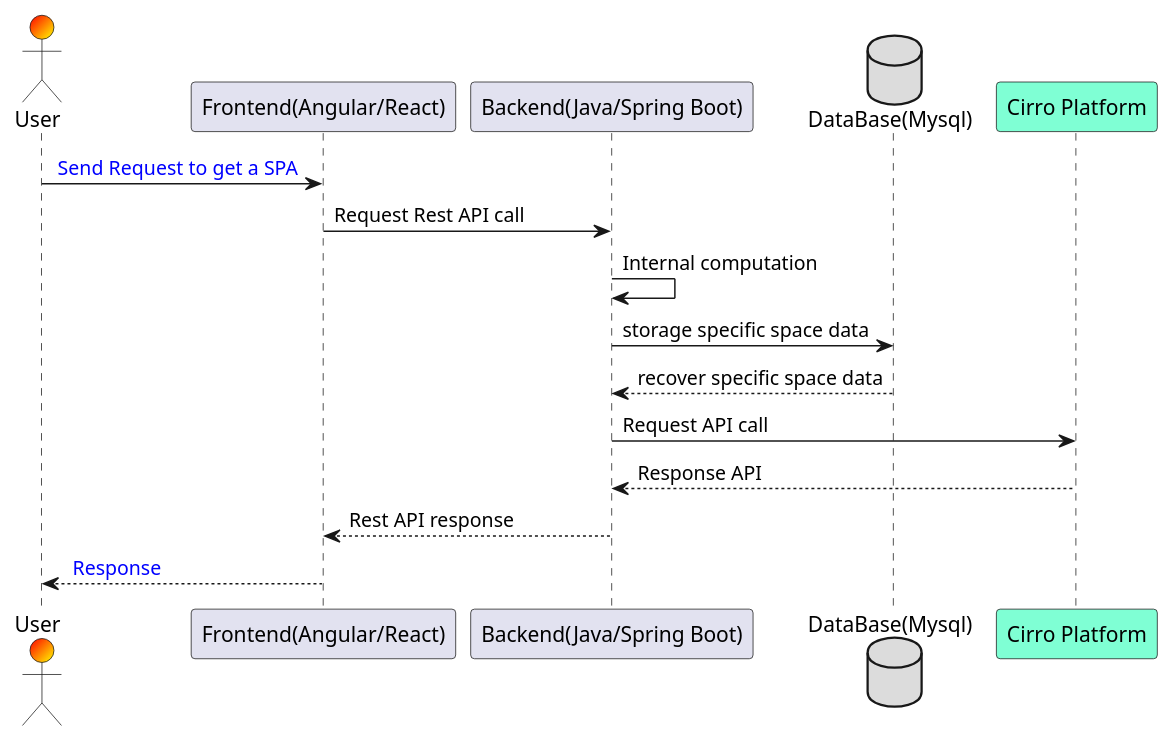
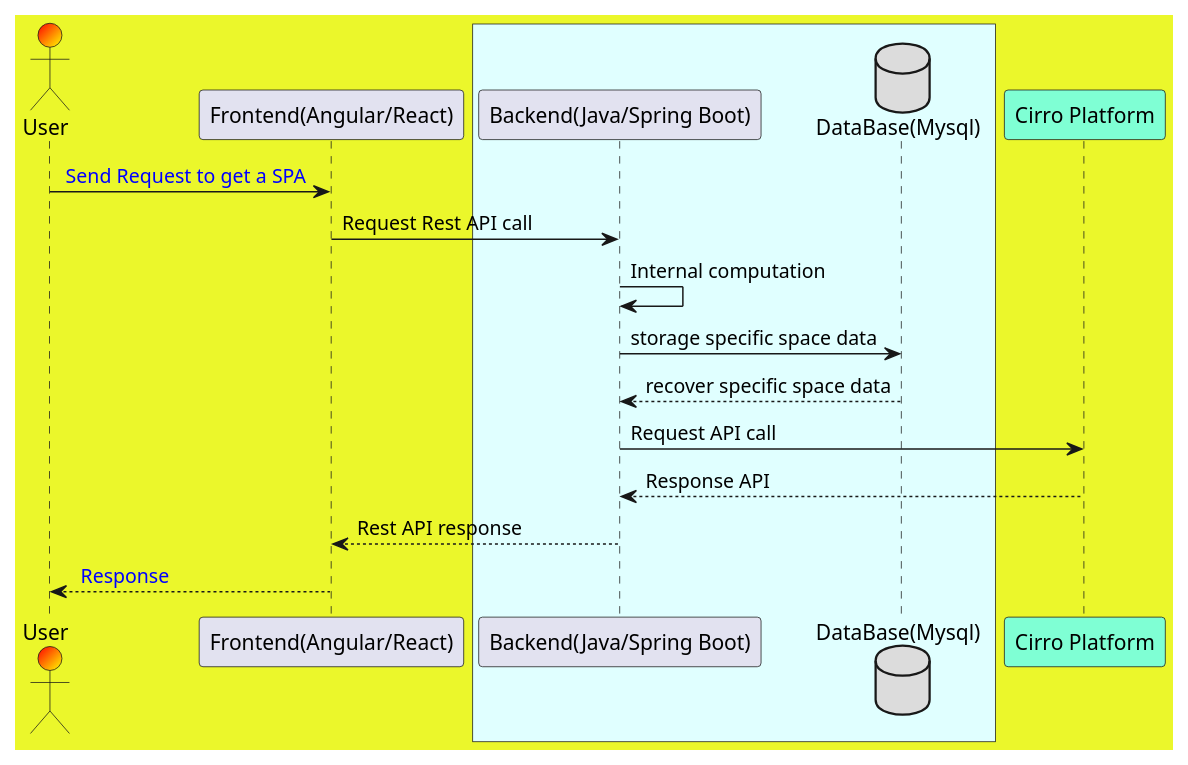
The diagram in sequence_diagram.puml (sourcelight/documentation_as_code), drawn with PlantUML before and after one commit. The commit also changed 2 other files, not shown here.

```diff
--- a/sequence_diagram.puml
+++ b/sequence_diagram.puml
@@ -1,36 +1,40 @@
 @startuml sequence_diagram
 
-
+' Define the background color
+skinparam backgroundColor #EBF72B
 
 actor User as u #Red/Yellow
 
 participant "Frontend(Angular/React)" as FE
 
+box #LightCyan
+
 participant "Backend(Java/Spring Boot)" as BE
 
 database "DataBase(Mysql)" as DB #Gainsboro
+end box
 
 participant "Cirro Platform" as CP #Aquamarine
-
 
 
 
 u -> FE: <color:Blue> Send Request to get a SPA
 
 FE-> BE:Request Rest API call
 
 BE -> BE:Internal computation
 
 BE -> DB:storage specific space data
 
 DB --> BE:recover specific space data
 
 BE -> CP:Request API call
 
 CP --> BE:Response API
 
 BE --> FE:Rest API response
 
 FE --> u: <color:Blue> Response
 
+
 @enduml
```
